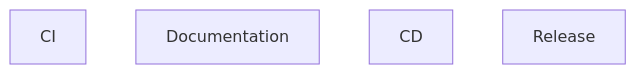
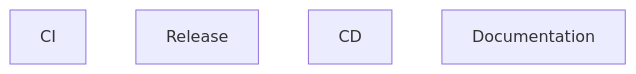
Before and after one commit to zepfu/llama-gguf-inference: the seventh of 8 diagrams in docs/auto/ARCHITECTURE_AUTO.md, drawn with Mermaid. The commit also changed other lines of this file and 2 other files, not shown here.

````diff
--- a/docs/auto/ARCHITECTURE_AUTO.md
+++ b/docs/auto/ARCHITECTURE_AUTO.md
@@ -211,7 +207,7 @@
 ```mermaid
 graph TD
     ci[CI]
+    release[Release]
+    cd[CD]
     docs[Documentation]
-    cd[CD]
-    release[Release]
 ```
````
